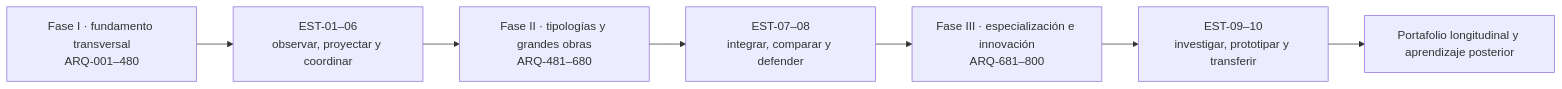
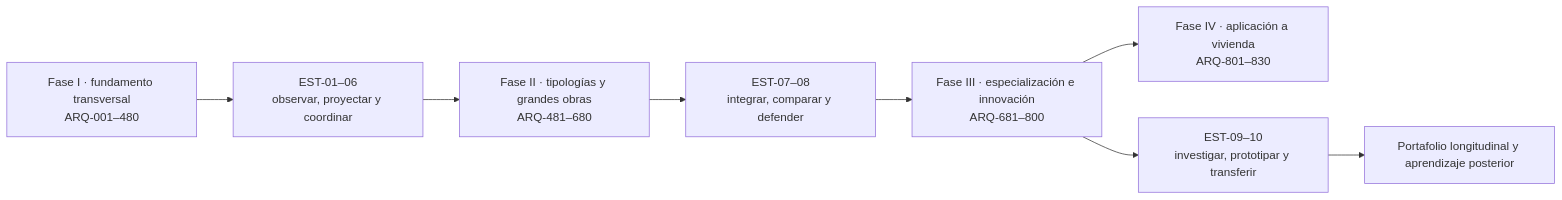
The diagram in docs/MAPA_DE_DEPENDENCIAS.md (vladimiracunadev-create/architecture-built-environment-learning-program), drawn with Mermaid before and after one commit. The commit also changed other lines of this file and 234 other files, not shown here.

````diff
--- a/docs/MAPA_DE_DEPENDENCIAS.md
+++ b/docs/MAPA_DE_DEPENDENCIAS.md
@@ -5,9 +5,10 @@
 ```mermaid
 flowchart LR
     F1["Fase I · fundamento transversal<br>ARQ-001–480"] --> E1["EST-01–06<br>observar, proyectar y coordinar"]
     E1 --> F2["Fase II · tipologías y grandes obras<br>ARQ-481–680"]
     F2 --> E2["EST-07–08<br>integrar, comparar y defender"]
     E2 --> F3["Fase III · especialización e innovación<br>ARQ-681–800"]
+    F3 --> F4["Fase IV · aplicación a vivienda<br>ARQ-801–830"]
     F3 --> E3["EST-09–10<br>investigar, prototipar y transferir"]
     E3 --> P["Portafolio longitudinal y aprendizaje posterior"]
 ```
````
